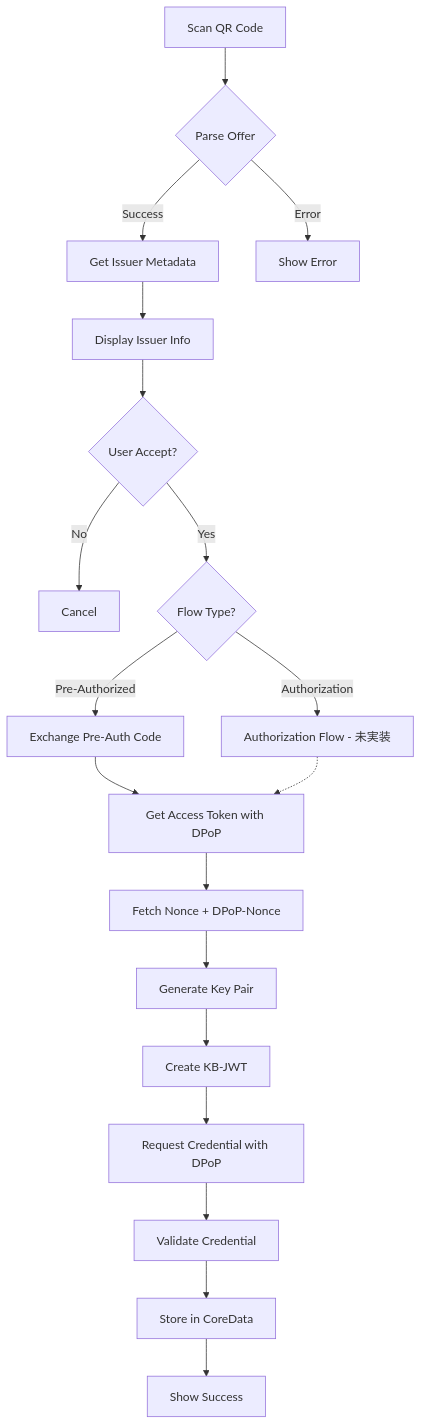
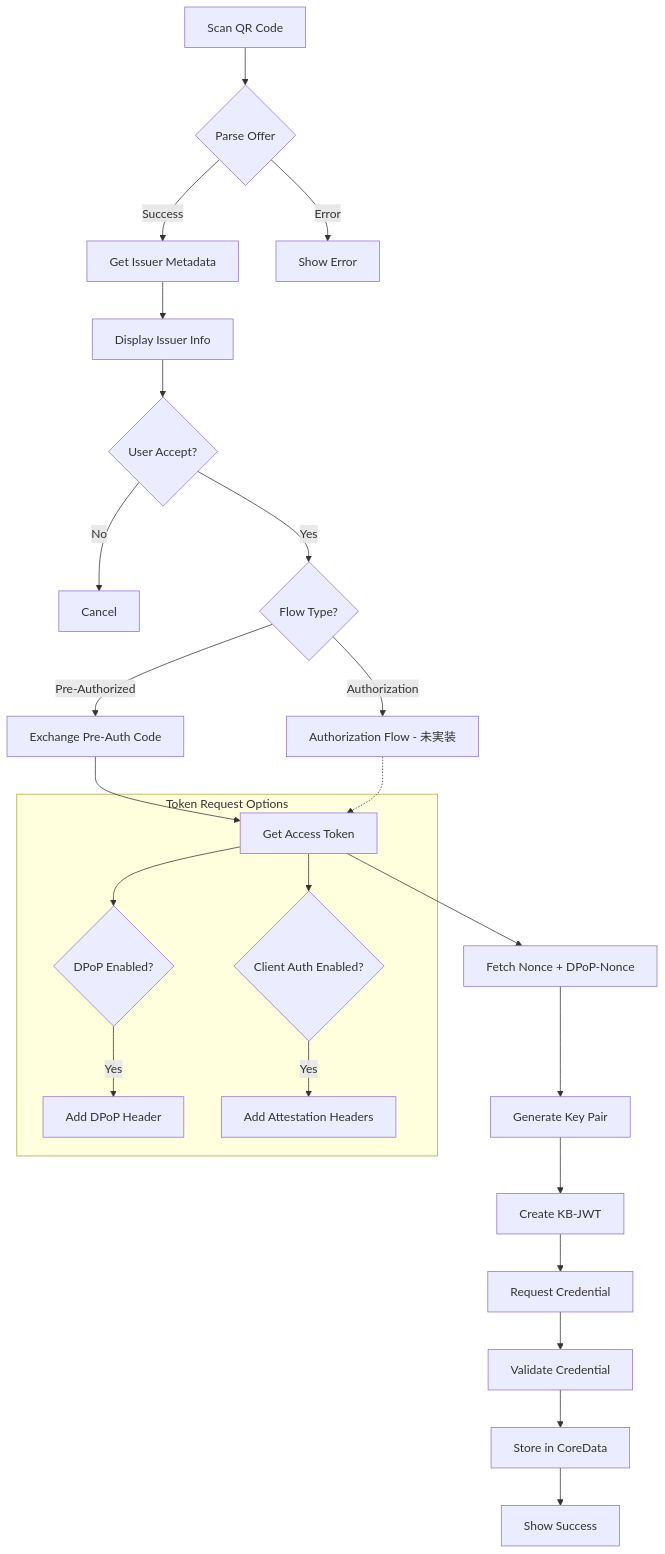
The second of 4 diagrams in docs/features/credential-issuance/design.md (ryosuke-wakaba/OWND-Wallet-iOS), drawn with Mermaid before and after one commit. The commit also changed other lines of this file, not shown here.

First line of the commit message:
docs: Update credential-issuance design with Client Attestation

````diff
--- a/docs/features/credential-issuance/design.md
+++ b/docs/features/credential-issuance/design.md
@@ -116,21 +138,28 @@
 ```mermaid
 graph TD
     A[Scan QR Code] --> B{Parse Offer}
     B -->|Success| C[Get Issuer Metadata]
     B -->|Error| Z[Show Error]
     C --> D[Display Issuer Info]
     D --> E{User Accept?}
     E -->|No| Y[Cancel]
     E -->|Yes| F{Flow Type?}
     F -->|Pre-Authorized| G[Exchange Pre-Auth Code]
     F -->|Authorization| H[Authorization Flow - 未実装]
-    G --> I[Get Access Token with DPoP]
+    G --> I[Get Access Token]
     H -.-> I
     I --> J[Fetch Nonce + DPoP-Nonce]
     J --> K[Generate Key Pair]
     K --> L[Create KB-JWT]
-    L --> M[Request Credential with DPoP]
+    L --> M[Request Credential]
     M --> N[Validate Credential]
     N --> O[Store in CoreData]
     O --> P[Show Success]
+
+    subgraph Token Request Options
+        I --> I1{DPoP Enabled?}
+        I1 -->|Yes| I2[Add DPoP Header]
+        I --> I3{Client Auth Enabled?}
+        I3 -->|Yes| I4[Add Attestation Headers]
+    end
 ```
````
